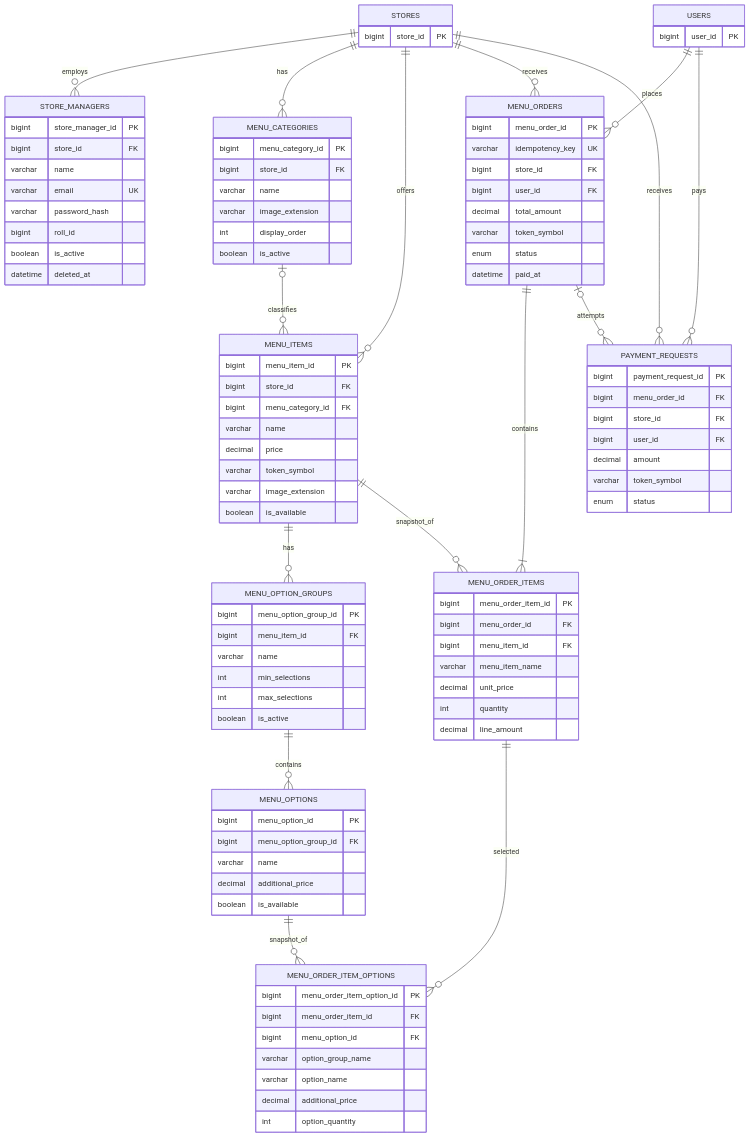
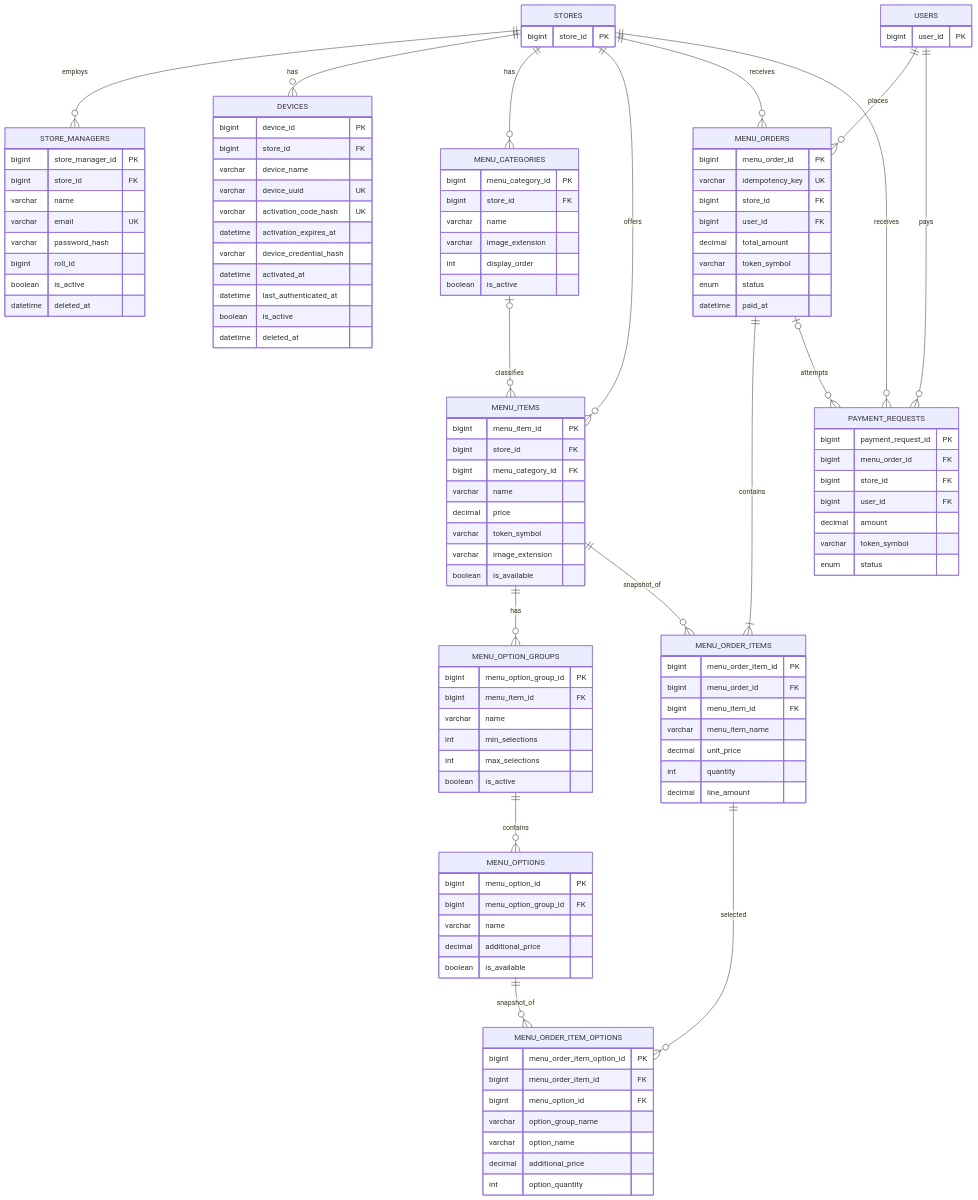
One commit to terao06/teraid-pay-api changed the diagram in docs/DB構成.md. Above: the diagram before and after it, drawn with Mermaid. The commit also changed other lines of this file and 28 other files, not shown here.

```diff
--- a/docs/DB構成.md
+++ b/docs/DB構成.md
@@ -167,6 +189,7 @@
 ~~~mermaid
 erDiagram
     STORES ||--o{ STORE_MANAGERS : employs
+    STORES ||--o{ DEVICES : has
     STORES ||--o{ MENU_CATEGORIES : has
     STORES ||--o{ MENU_ITEMS : offers
     MENU_CATEGORIES o|--o{ MENU_ITEMS : classifies
@@ -197,6 +220,20 @@
         varchar email UK
         varchar password_hash
         bigint roll_id
+        boolean is_active
+        datetime deleted_at
+    }
+
+    DEVICES {
+        bigint device_id PK
+        bigint store_id FK
+        varchar device_name
+        varchar device_uuid UK
+        varchar activation_code_hash UK
+        datetime activation_expires_at
+        varchar device_credential_hash
+        datetime activated_at
+        datetime last_authenticated_at
         boolean is_active
         datetime deleted_at
     }
```
